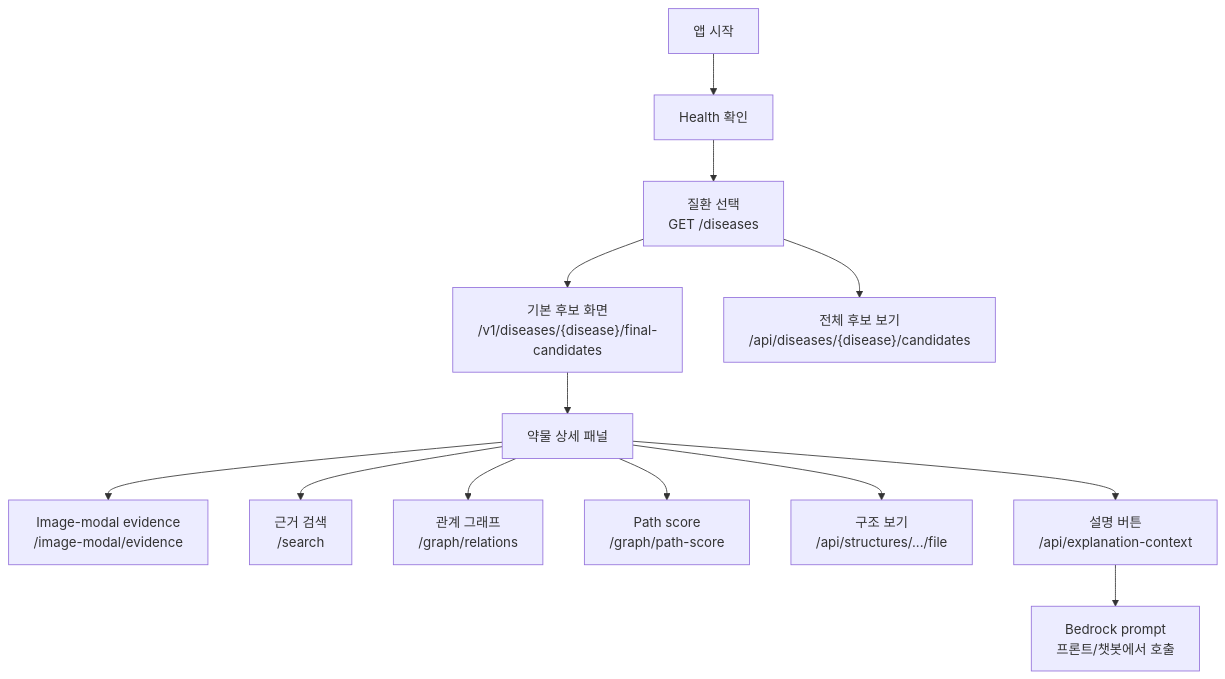
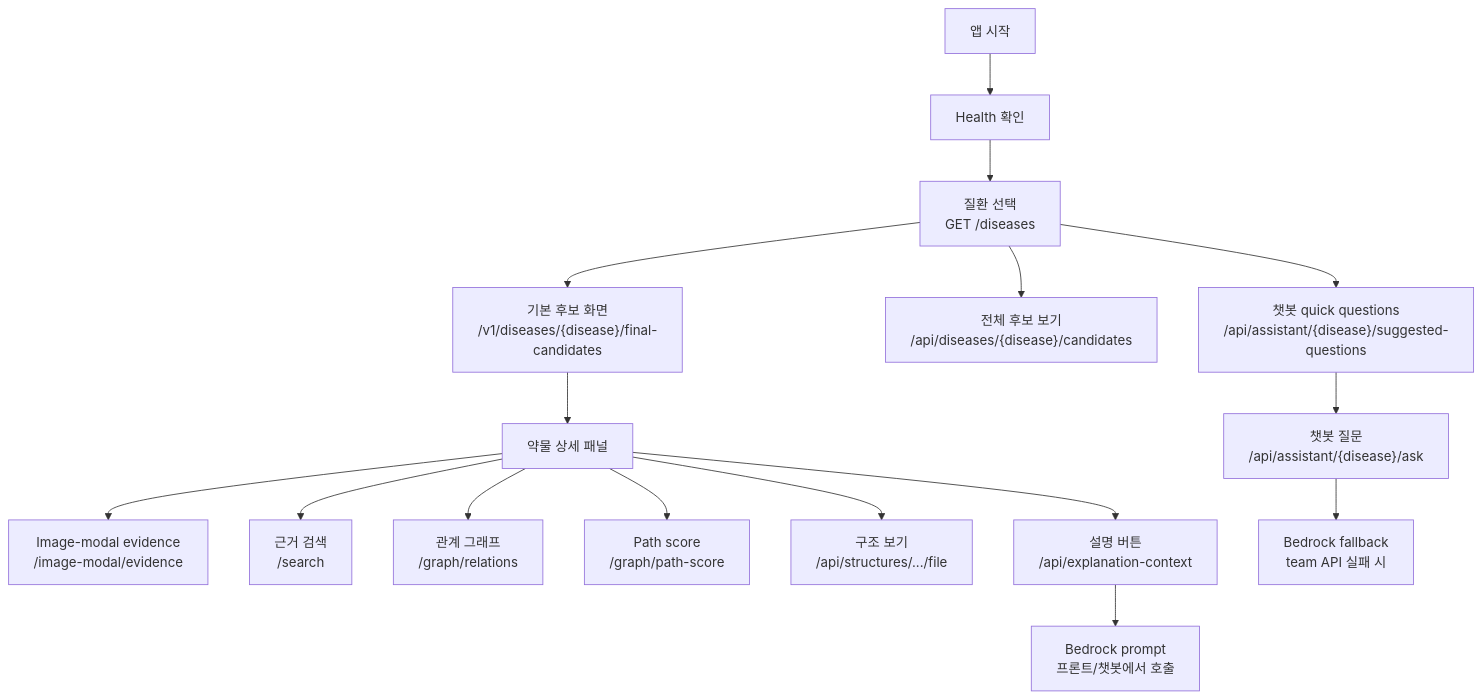
One commit to skkuaws0229-prog/final-project_data-pipline changed the second of 2 diagrams in drug_service_backend_v1/docs/frontend_api_handoff_workflow_v1.md. Above: the diagram before and after it, drawn with Mermaid. The commit also changed other lines of this file and 9 other files, not shown here.

Commit message:
Add assistant API endpoints

````diff
--- a/drug_service_backend_v1/docs/frontend_api_handoff_workflow_v1.md
+++ b/drug_service_backend_v1/docs/frontend_api_handoff_workflow_v1.md
@@ -443,15 +443,18 @@
 ```mermaid
 flowchart TD
     Start["앱 시작"] --> Health["Health 확인"]
     Health --> Disease["질환 선택<br/>GET /diseases"]
     Disease --> Final["기본 후보 화면<br/>/v1/diseases/{disease}/final-candidates"]
     Final --> Detail["약물 상세 패널"]
     Disease --> All["전체 후보 보기<br/>/api/diseases/{disease}/candidates"]
     Detail --> Evidence["Image-modal evidence<br/>/image-modal/evidence"]
     Detail --> Search["근거 검색<br/>/search"]
     Detail --> Graph["관계 그래프<br/>/graph/relations"]
     Detail --> Path["Path score<br/>/graph/path-score"]
     Detail --> Structure["구조 보기<br/>/api/structures/.../file"]
     Detail --> Explain["설명 버튼<br/>/api/explanation-context"]
+    Disease --> Assistant["챗봇 quick questions<br/>/api/assistant/{disease}/suggested-questions"]
+    Assistant --> Ask["챗봇 질문<br/>/api/assistant/{disease}/ask"]
     Explain --> Bedrock["Bedrock prompt<br/>프론트/챗봇에서 호출"]
+    Ask --> BedrockFallback["Bedrock fallback<br/>team API 실패 시"]
 ```
````
